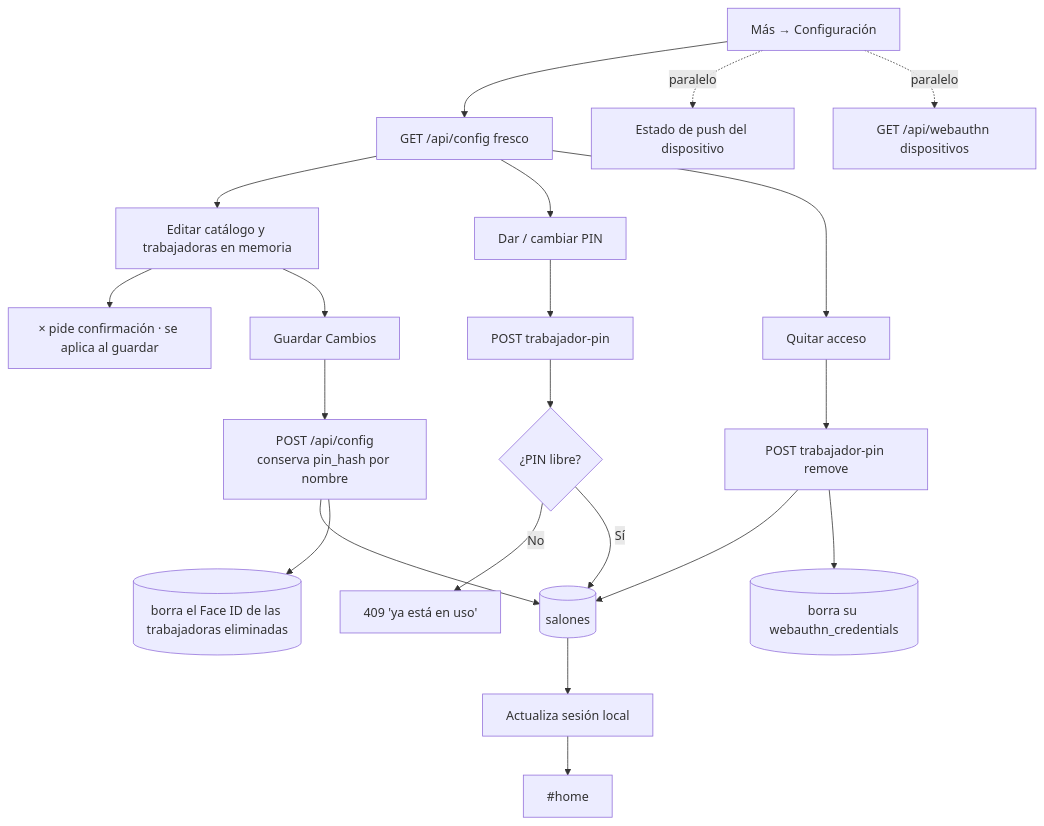
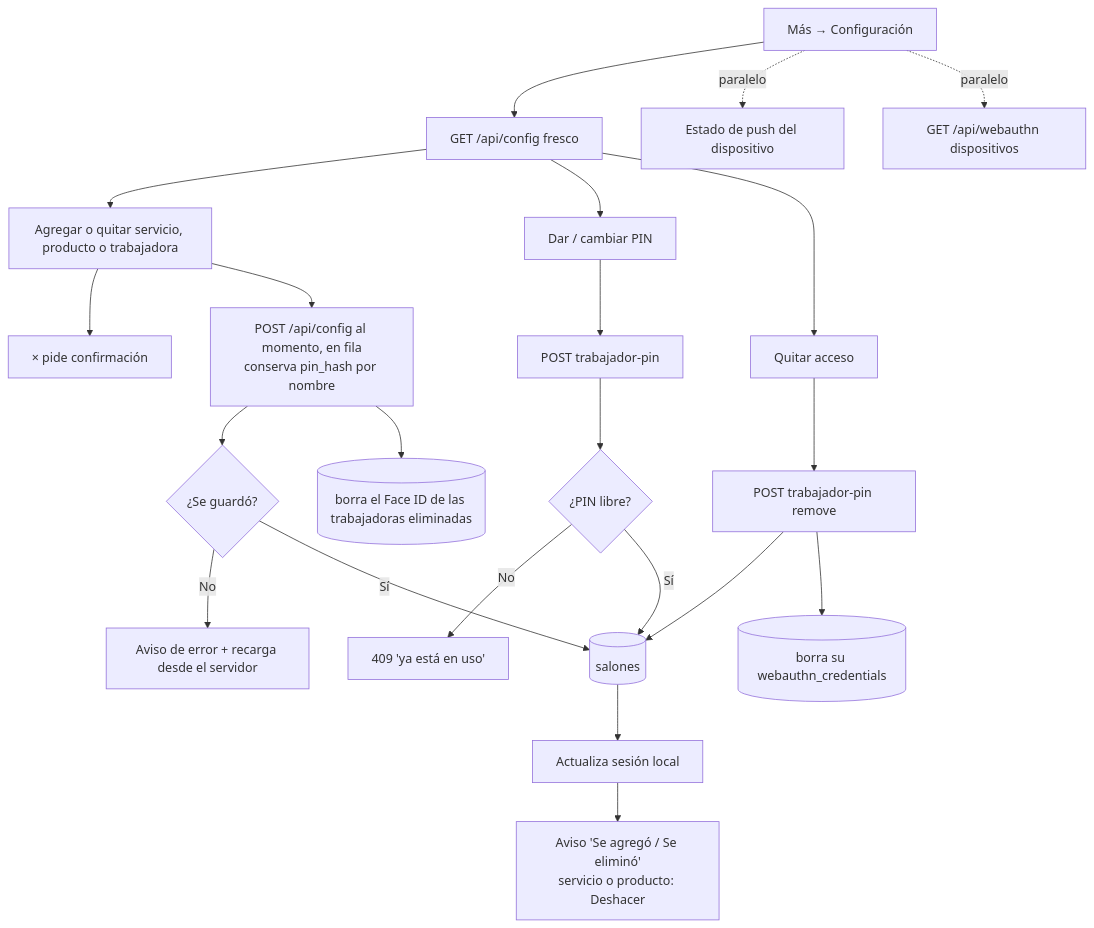
Before and after one commit to jesusangelsr12-dotcom/MarthaRdzApp: diagram 12 of 14 in docs/AppFlow.md, drawn with Mermaid. The commit also changed other lines of this file and 8 other files, not shown here.

First line of the commit message:
Configuración se guarda sola, sin botón "Guardar Cambios" (v48)

````diff
--- a/docs/AppFlow.md
+++ b/docs/AppFlow.md
@@ -286,16 +286,19 @@
 ```mermaid
 flowchart TD
   A[Más → Configuración] --> B[GET /api/config fresco]
   A -. paralelo .-> N[Estado de push del dispositivo]
   A -. paralelo .-> W[GET /api/webauthn dispositivos]
-  B --> C[Editar catálogo y trabajadoras en memoria]
-  C --> C1[× pide confirmación · se aplica al guardar]
-  C --> D[Guardar Cambios] --> E[POST /api/config<br/>conserva pin_hash por nombre] --> F[(salones)]
-  F --> G[Actualiza sesión local] --> H["#home"]
+  B --> C[Agregar o quitar servicio, producto o trabajadora]
+  C --> C1[× pide confirmación]
+  C --> E[POST /api/config al momento, en fila<br/>conserva pin_hash por nombre]
+  E --> E1{¿Se guardó?}
+  E1 -- No --> E2[Aviso de error + recarga desde el servidor]
+  E1 -- Sí --> F[(salones)]
+  F --> G[Actualiza sesión local] --> H[Aviso 'Se agregó / Se eliminó'<br/>servicio o producto: Deshacer]
   B --> P[Dar / cambiar PIN] --> P1[POST trabajador-pin] --> P2{¿PIN libre?}
   P2 -- No --> P3[409 'ya está en uso']
   P2 -- Sí --> F
   B --> Q[Quitar acceso] --> Q1[POST trabajador-pin remove] --> F
   Q1 --> WQ[(borra su webauthn_credentials)]
   E --> WE[(borra el Face ID de las trabajadoras eliminadas)]
 ```
````
